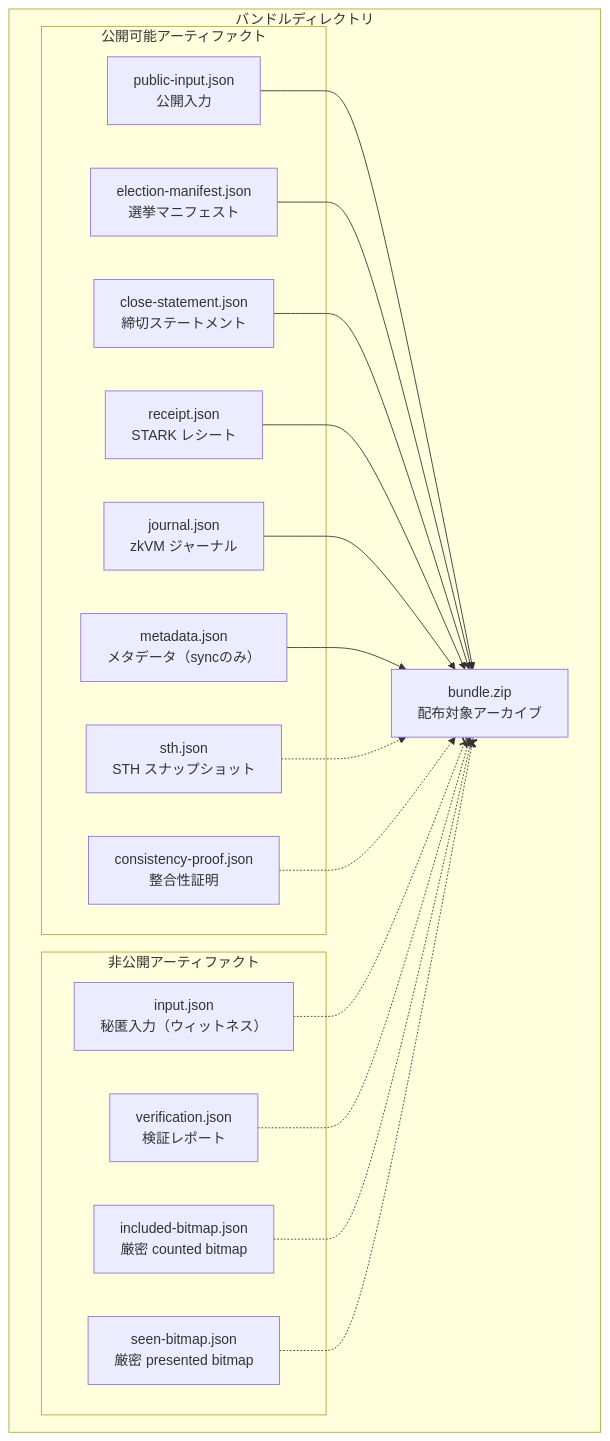
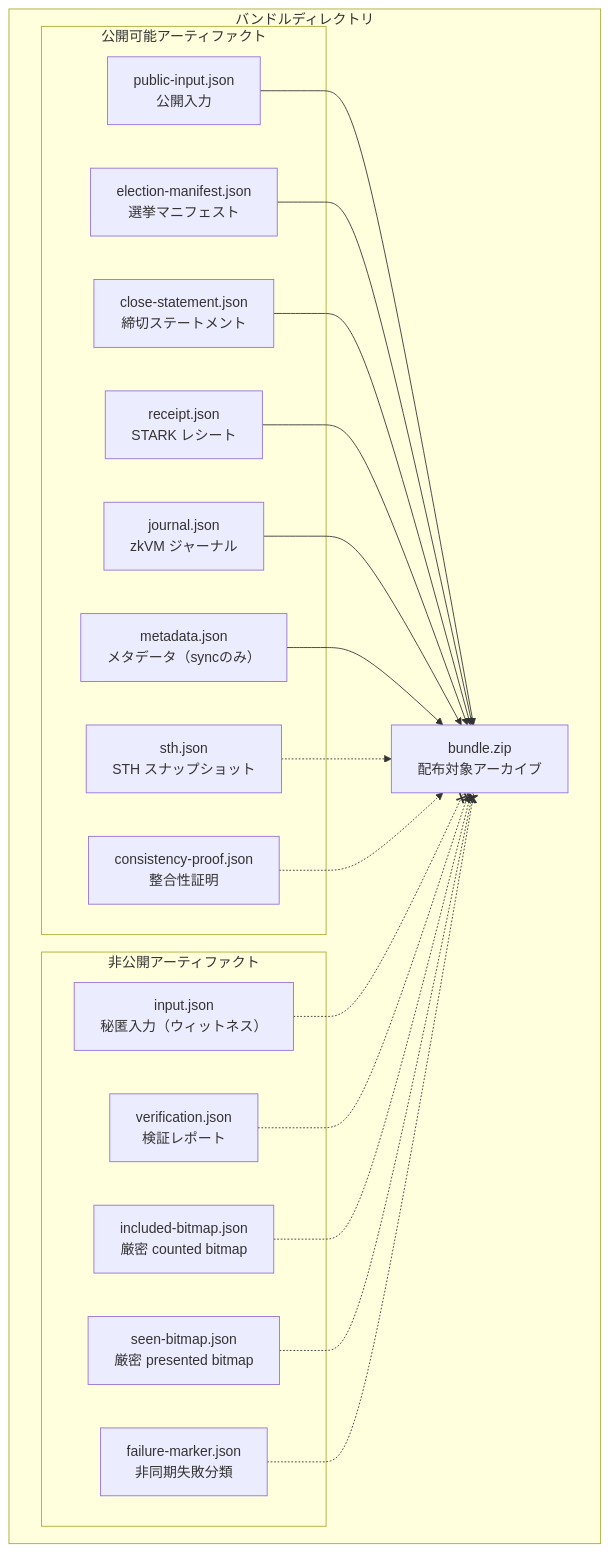
One commit to hwatanabe-jp/stark-ballot-simulator-public changed the diagram in public-book/src/verification/bundle-structure.md. Above: the diagram before and after it, drawn with Mermaid. The commit also changed other lines of this file and 389 other files, not shown here.

````diff
--- a/public-book/src/verification/bundle-structure.md
+++ b/public-book/src/verification/bundle-structure.md
@@ -17,37 +17,39 @@
 ```mermaid
 flowchart TB
   subgraph "バンドルディレクトリ"
     subgraph "公開可能アーティファクト"
       PI["public-input.json<br/>公開入力"]
       EM["election-manifest.json<br/>選挙マニフェスト"]
       CS["close-statement.json<br/>締切ステートメント"]
       RC["receipt.json<br/>STARK レシート"]
       JN["journal.json<br/>zkVM ジャーナル"]
       MT["metadata.json<br/>メタデータ（syncのみ）"]
       STH["sth.json<br/>STH スナップショット"]
       CP["consistency-proof.json<br/>整合性証明"]
     end
 
     subgraph "非公開アーティファクト"
       IN["input.json<br/>秘匿入力（ウィットネス）"]
       VR["verification.json<br/>検証レポート"]
       IB["included-bitmap.json<br/>厳密 counted bitmap"]
       SB["seen-bitmap.json<br/>厳密 presented bitmap"]
+      FM["failure-marker.json<br/>非同期失敗分類"]
     end
 
     BZ["bundle.zip<br/>配布対象アーカイブ"]
   end
 
   PI --> BZ
   EM --> BZ
   CS --> BZ
   RC --> BZ
   JN --> BZ
   MT --> BZ
   STH -.-> BZ
   CP -.-> BZ
   IN -.-x BZ
   VR -.-x BZ
   IB -.-x BZ
   SB -.-x BZ
+  FM -.-x BZ
 ```
````
